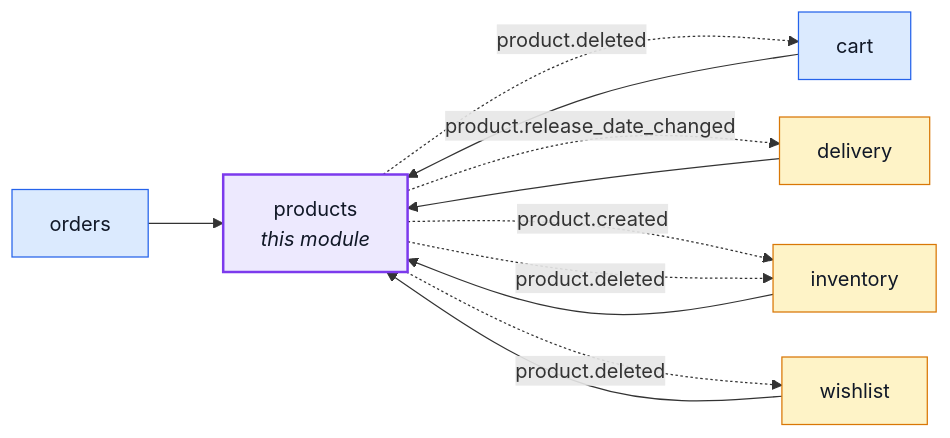
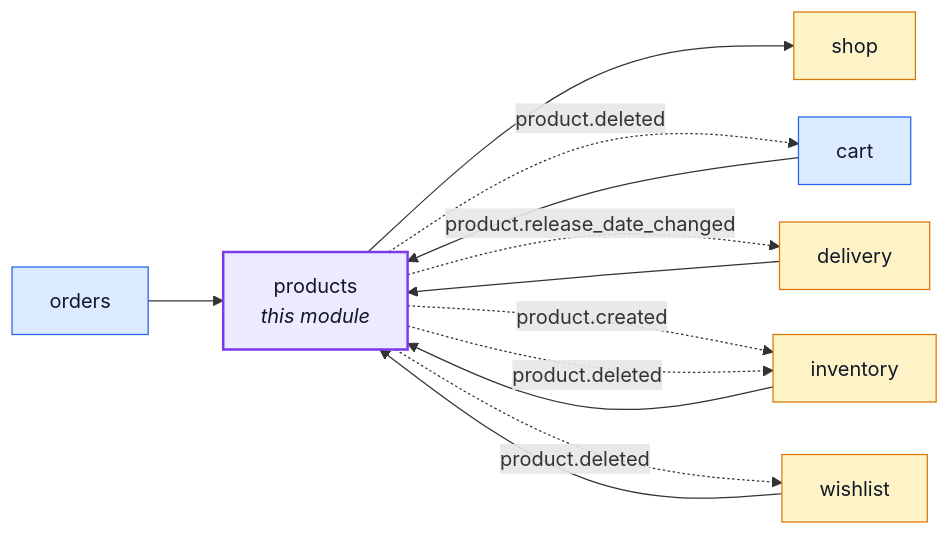
One commit to Guebbit/boilerplate-node-backend changed the first of 4 diagrams in docs/modules/products.md. Above: the diagram before and after it, drawn with Mermaid. The commit also changed other lines of this file and 70 other files, not shown here.

````diff
--- a/docs/modules/products.md
+++ b/docs/modules/products.md
@@ -17,29 +17,31 @@
 ```mermaid
 %%{init: {'flowchart': {'nodeSpacing': 30, 'rankSpacing': 60}}}%%
 flowchart LR
     products["products<br/><i>this module</i>"]
     cart["cart"]
     delivery["delivery"]
     inventory["inventory"]
     orders["orders"]
+    shop["shop"]
     wishlist["wishlist"]
 
     cart --> products
     delivery --> products
     inventory --> products
     orders --> products
     wishlist --> products
+    products --> shop
     products -. "product.deleted" .-> cart
     products -. "product.release_date_changed" .-> delivery
     products -. "product.created" .-> inventory
     products -. "product.deleted" .-> inventory
     products -. "product.deleted" .-> wishlist
 
     classDef core fill:#dbeafe,stroke:#2563eb,color:#111827;
     classDef supporting fill:#fef3c7,stroke:#d97706,color:#111827;
     classDef generic fill:#dcfce7,stroke:#16a34a,color:#111827;
     classDef centre fill:#ede9fe,stroke:#7c3aed,stroke-width:2px,color:#111827;
     class cart,orders core;
-    class delivery,inventory,wishlist supporting;
+    class delivery,inventory,shop,wishlist supporting;
     class products centre;
 ```
````
